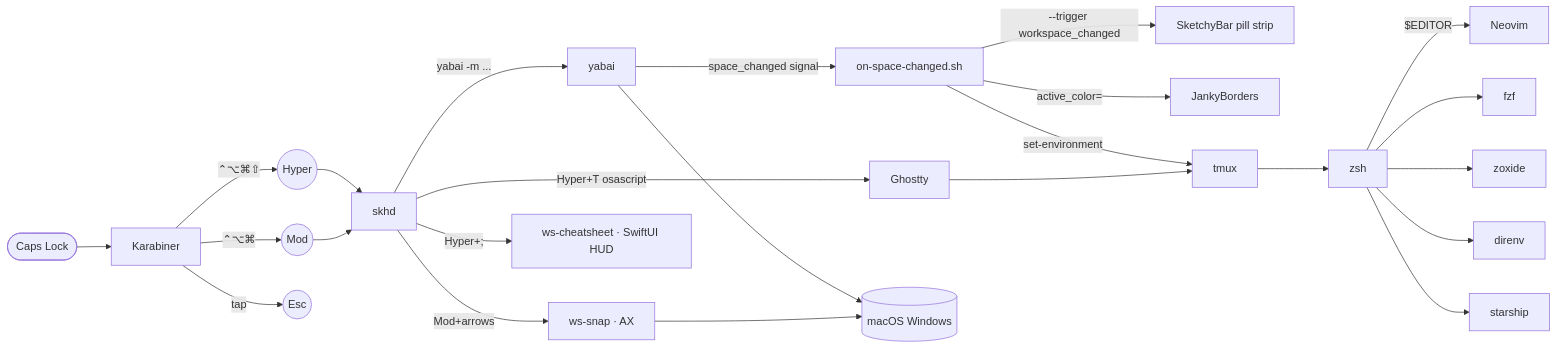
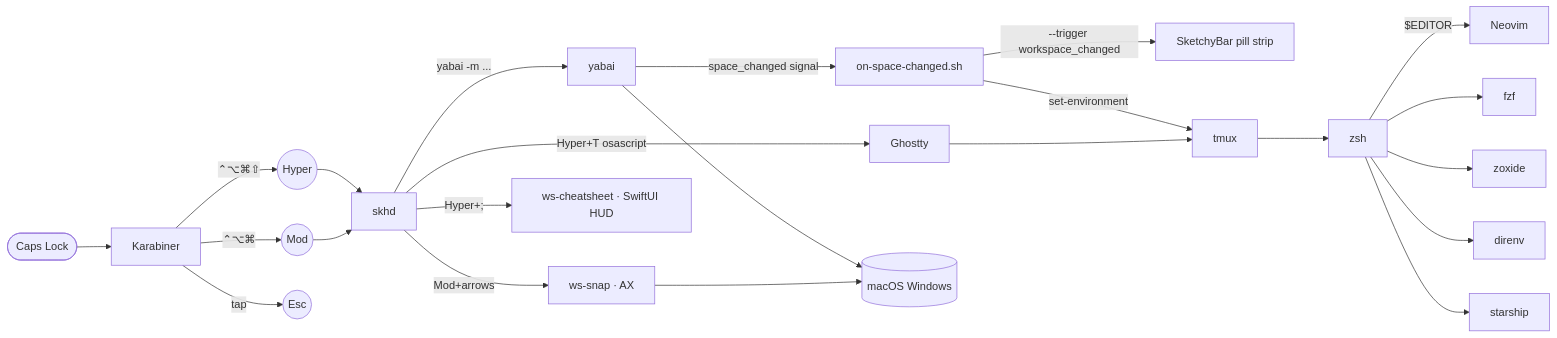
One commit to adames/dotfiles changed the first of 2 diagrams in docs/architecture.md. Above: the diagram before and after it, drawn with Mermaid. The commit also changed other lines of this file and 15 other files, not shown here.

````diff
--- a/docs/architecture.md
+++ b/docs/architecture.md
@@ -7,27 +7,26 @@
 ```mermaid
 graph LR
   CapsLock([Caps Lock]) --> Karabiner
   Karabiner -->|"⌃⌥⌘⇧"| Hyper((Hyper))
   Karabiner -->|"⌃⌥⌘"| Mod((Mod))
   Karabiner -->|tap| Esc((Esc))
 
   Hyper --> skhd
   Mod --> skhd
   skhd -->|"yabai -m ..."| yabai
   skhd -->|Hyper+T osascript| Ghostty
   skhd -->|Mod+arrows| WSSnap[ws-snap · AX]
   skhd -->|Hyper+;| WSCheatsheet[ws-cheatsheet · SwiftUI HUD]
 
   yabai -->|space_changed signal| WorkspaceHandler[on-space-changed.sh]
   WorkspaceHandler -->|--trigger workspace_changed| SketchyBar[SketchyBar pill strip]
-  WorkspaceHandler -->|active_color=| Borders[JankyBorders]
   WorkspaceHandler -->|set-environment| tmux
 
   yabai --> Windows[(macOS Windows)]
   WSSnap --> Windows
 
   Ghostty --> tmux
   tmux --> zsh
   zsh -->|"$EDITOR"| Neovim
   zsh --> fzf & zoxide & direnv & starship
 ```
````
